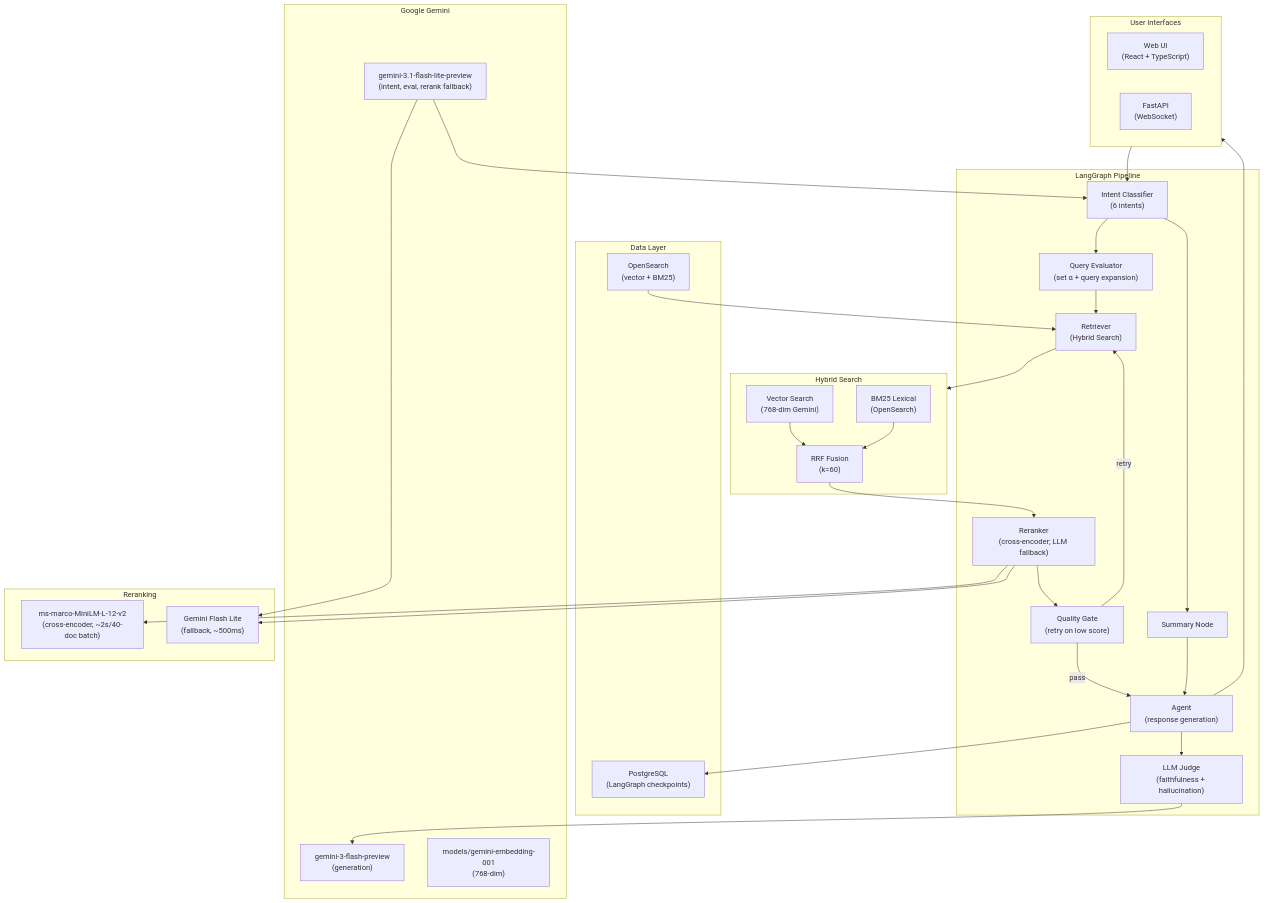
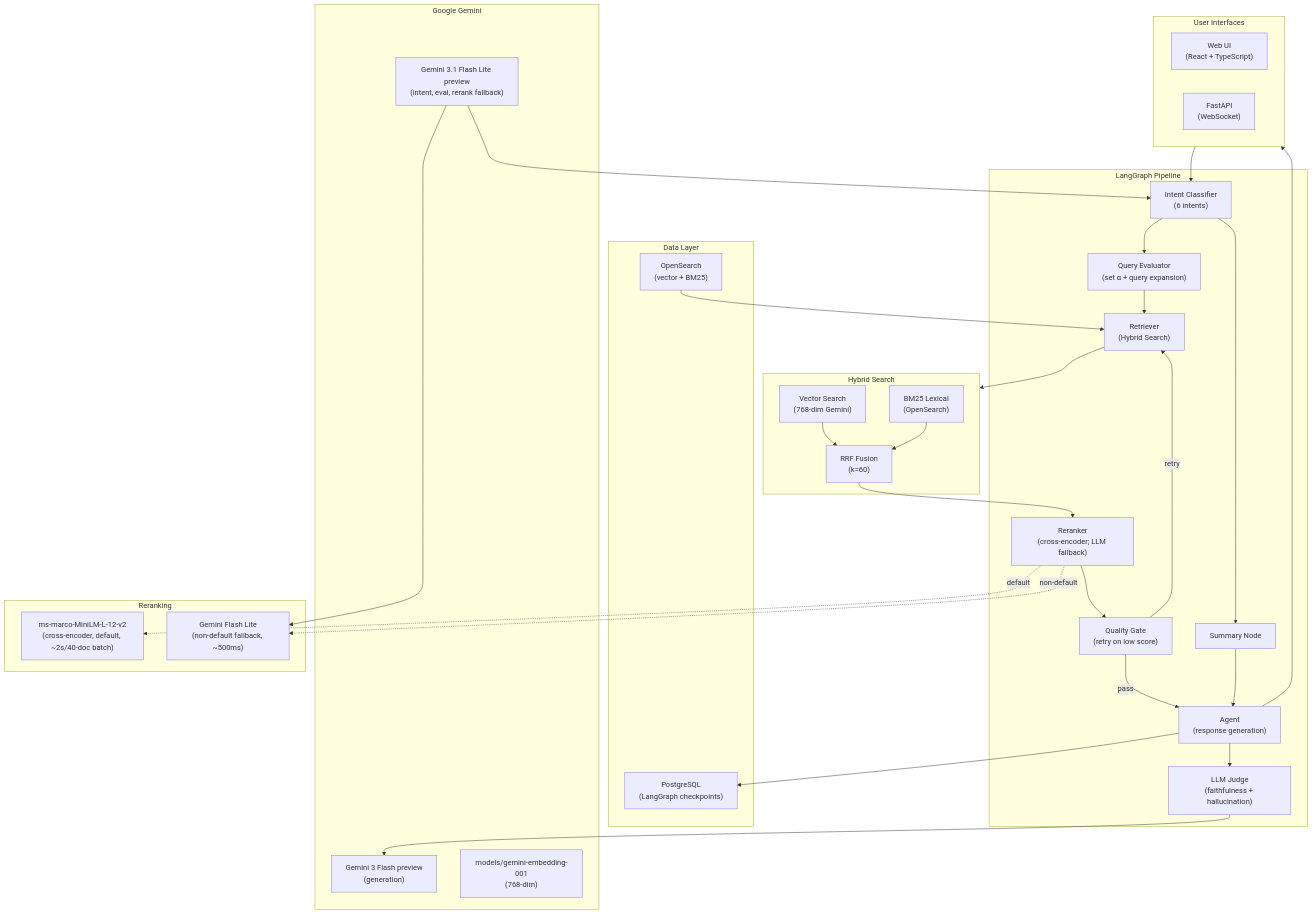
The diagram in README.md (kmwtechnology/opensearch2026-agentic-search), drawn with Mermaid before and after one commit.

Commit message:
docs: fix mermaid diagram model naming and reranker fallback framing (#97)
Model labels now match the prose style used elsewhere in the README,
and the reranker edges are dotted with default/non-default labels
since only one reranker actually runs per request, not both.

Claude-Session: https://claude.ai/code/session_01BFa93JfHk2MHbuBCAmX8Fm

````diff
--- a/README.md
+++ b/README.md
@@ -150,62 +150,62 @@
 ```mermaid
 flowchart TB
     subgraph UI["User Interfaces"]
         WEB["Web UI<br/>(React + TypeScript)"]
         API["FastAPI<br/>(WebSocket)"]
     end
 
     subgraph Pipeline["LangGraph Pipeline"]
         IC["Intent Classifier<br/>(6 intents)"]
         QE["Query Evaluator<br/>(set α + query expansion)"]
         RET["Retriever<br/>(Hybrid Search)"]
         RERANK["Reranker<br/>(cross-encoder; LLM fallback)"]
         QG["Quality Gate<br/>(retry on low score)"]
         SUM["Summary Node"]
         AGENT["Agent<br/>(response generation)"]
         JUDGE["LLM Judge<br/>(faithfulness + hallucination)"]
     end
 
     subgraph Search["Hybrid Search"]
         VS["Vector Search<br/>(768-dim Gemini)"]
         BM25["BM25 Lexical<br/>(OpenSearch)"]
         RRF["RRF Fusion<br/>(k=60)"]
     end
 
     subgraph Storage["Data Layer"]
         IDX["OpenSearch<br/>(vector + BM25)"]
         CHK["PostgreSQL<br/>(LangGraph checkpoints)"]
     end
 
     subgraph GoogleAI["Google Gemini"]
-        LLM["gemini-3-flash-preview<br/>(generation)"]
-        CLASSIFIER["gemini-3.1-flash-lite-preview<br/>(intent, eval, rerank fallback)"]
+        LLM["Gemini 3 Flash preview<br/>(generation)"]
+        CLASSIFIER["Gemini 3.1 Flash Lite preview<br/>(intent, eval, rerank fallback)"]
         EMB["models/gemini-embedding-001<br/>(768-dim)"]
     end
 
     subgraph Reranking["Reranking"]
-        CE["ms-marco-MiniLM-L-12-v2<br/>(cross-encoder, ~2s/40-doc batch)"]
-        LLMR["Gemini Flash Lite<br/>(fallback, ~500ms)"]
+        CE["ms-marco-MiniLM-L-12-v2<br/>(cross-encoder, default, ~2s/40-doc batch)"]
+        LLMR["Gemini Flash Lite<br/>(non-default fallback, ~500ms)"]
     end
 
     UI --> IC
     IC --> QE
     IC --> SUM
     QE --> RET
     RET --> Search
     VS --> RRF
     BM25 --> RRF
     RRF --> RERANK
-    RERANK --> CE
-    RERANK --> LLMR
+    RERANK -.->|default| CE
+    RERANK -.->|non-default| LLMR
     RERANK --> QG
     QG -->|retry| RET
     QG -->|pass| AGENT
     SUM --> AGENT
     AGENT --> JUDGE
     JUDGE --> LLM
     AGENT --> UI
     AGENT --> CHK
     IDX --> RET
     CLASSIFIER --> IC
     CLASSIFIER --> LLMR
 ```
````
